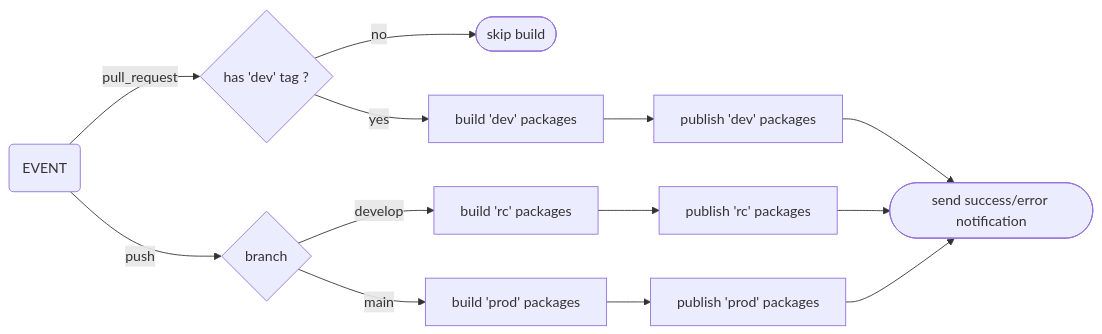
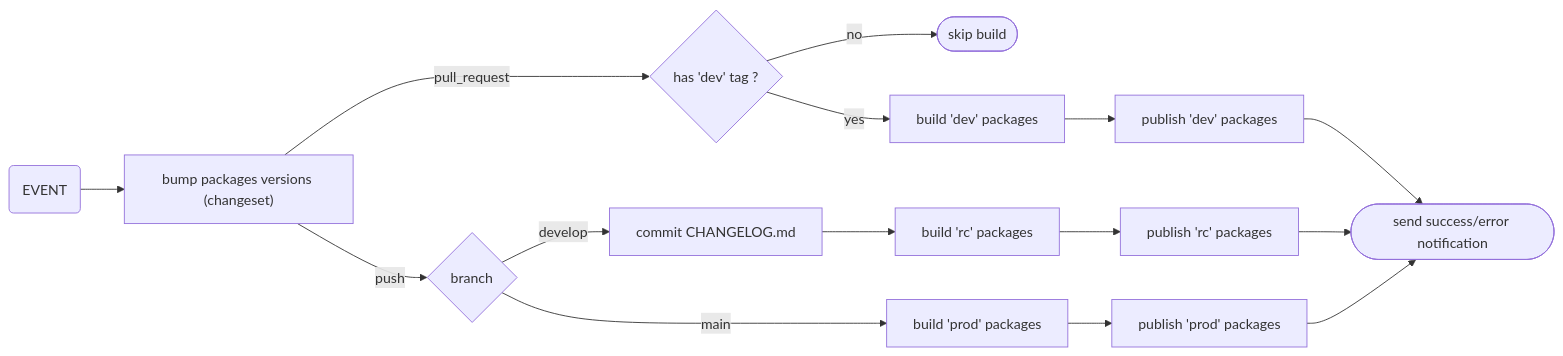
The diagram in scripts/ci/README.md (Infomaniak/design-system), drawn with Mermaid before and after one commit. The commit also changed other lines of this file and 5 other files, not shown here.

Commit message:
build(changeset): improve related changeset documentation

````diff
--- a/scripts/ci/README.md
+++ b/scripts/ci/README.md
@@ -39,30 +39,34 @@
 ```mermaid
 flowchart LR
   EVENT("EVENT")
+  BUMP_VERSIONS["bump packages versions (changeset)"]
+  COMMIT_CHANGELOG["commit CHANGELOG.md"]
   HAS_DEV_TAG{"has 'dev' tag ?"}
   SKIP_BUILD(["skip build"])
   SEND_NOTIFICATION(["send success/error notification"])
   BUILD_DEV_PACKAGES["build 'dev' packages"]
   PUBLISH_DEV_PACKAGES["publish 'dev' packages"]
   BUILD_RC_PACKAGES["build 'rc' packages"]
   PUBLISH_RC_PACKAGES["publish 'rc' packages"]
   BUILD_PROD_PACKAGES["build 'prod' packages"]
   PUBLISH_PROD_PACKAGES["publish 'prod' packages"]
   TARGET_BRANCH{"branch"}
 
-  EVENT -- "pull_request" --> HAS_DEV_TAG
+  EVENT --> BUMP_VERSIONS
+  BUMP_VERSIONS -- "pull_request" --> HAS_DEV_TAG
   HAS_DEV_TAG -- "no" --> SKIP_BUILD
   HAS_DEV_TAG -- "yes" --> BUILD_DEV_PACKAGES
   BUILD_DEV_PACKAGES --> PUBLISH_DEV_PACKAGES
   PUBLISH_DEV_PACKAGES --> SEND_NOTIFICATION
 
-  EVENT -- "push" --> TARGET_BRANCH
+  BUMP_VERSIONS -- "push" --> TARGET_BRANCH
 
-  TARGET_BRANCH -- "develop" --> BUILD_RC_PACKAGES
+  TARGET_BRANCH -- "develop" --> COMMIT_CHANGELOG
+  COMMIT_CHANGELOG --> BUILD_RC_PACKAGES
   BUILD_RC_PACKAGES --> PUBLISH_RC_PACKAGES
   PUBLISH_RC_PACKAGES --> SEND_NOTIFICATION
 
   TARGET_BRANCH -- "main" --> BUILD_PROD_PACKAGES
   BUILD_PROD_PACKAGES --> PUBLISH_PROD_PACKAGES
   PUBLISH_PROD_PACKAGES --> SEND_NOTIFICATION
 ```
````
